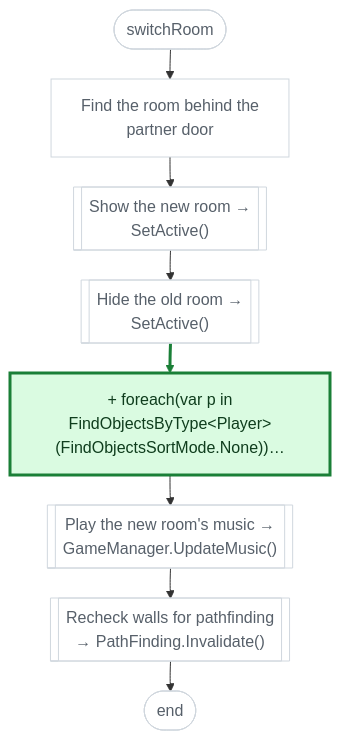
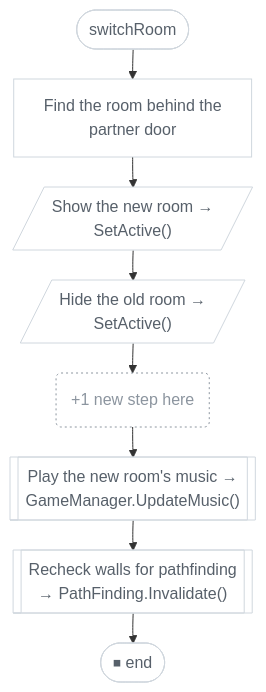
The third of 11 diagrams in CodeGraph~/diffs/b47c315.md (nataiai/Lord-of-the-Dungeon), drawn with Mermaid before and after one commit. The commit also changed other lines of this file and 57 other files, not shown here.

````diff
--- a/CodeGraph~/diffs/b47c315.md
+++ b/CodeGraph~/diffs/b47c315.md
@@ -120,33 +104,33 @@
 ```mermaid
 ---
 config:
   flowchart:
     wrappingWidth: 260
     nodeSpacing: 26
     rankSpacing: 30
 ---
 flowchart TD
   nS(["switchRoom"])
   n345bc3["Find the room behind the<br>partner door"]
-  n172da7[["Show the new room →<br>SetActive()"]]
-  ne51c6e[["Hide the old room →<br>SetActive()"]]
-  n6a49c0["+ foreach(var p in<br>FindObjectsByType#60;Player#62;(FindObjectsSortMode.None))…"]
+  n172da7[/"Show the new room →<br>SetActive()"/]
+  ne51c6e[/"Hide the old room →<br>SetActive()"/]
+  ndb2be6("+1 new step here")
   ncc9f0f[["Play the new room's music →<br>GameManager.UpdateMusic()"]]
   nd2f86b[["Recheck walls for pathfinding<br>→ PathFinding.Invalidate()"]]
-  nE(["end"])
+  nE(["⏹ end"])
   nS --> n345bc3
   n345bc3 --> n172da7
   n172da7 --> ne51c6e
-  ne51c6e --> n6a49c0
-  n6a49c0 --> ncc9f0f
+  ne51c6e --> ndb2be6
+  ndb2be6 --> ncc9f0f
   ncc9f0f --> nd2f86b
   nd2f86b --> nE
-  linkStyle 3 stroke:#1a7f37,stroke-width:3px
   classDef same fill:#ffffff,stroke:#d0d7de,color:#57606a
   classDef added fill:#dafbe1,stroke:#1a7f37,stroke-width:3px,color:#0f3d1d
-  classDef removed fill:#ffebe9,stroke:#cf222e,stroke-width:3px,color:#82071e
+  classDef removed fill:#ffebe9,stroke:#cf222e,stroke-width:3px,stroke-dasharray:6 4,color:#82071e
   classDef modified fill:#fff8c5,stroke:#bf8700,stroke-width:3px,color:#4d2d00
   classDef impacted fill:#ffffff,stroke:#6e7781,stroke-width:2px,stroke-dasharray:2 3,color:#24292f
-  class n6a49c0 added
+  classDef stub fill:#ffffff,stroke:#8c959f,stroke-dasharray:2 3,color:#8c959f
   class nS,n345bc3,n172da7,ne51c6e,ncc9f0f,nd2f86b,nE same
+  class ndb2be6 stub
 ```
````
